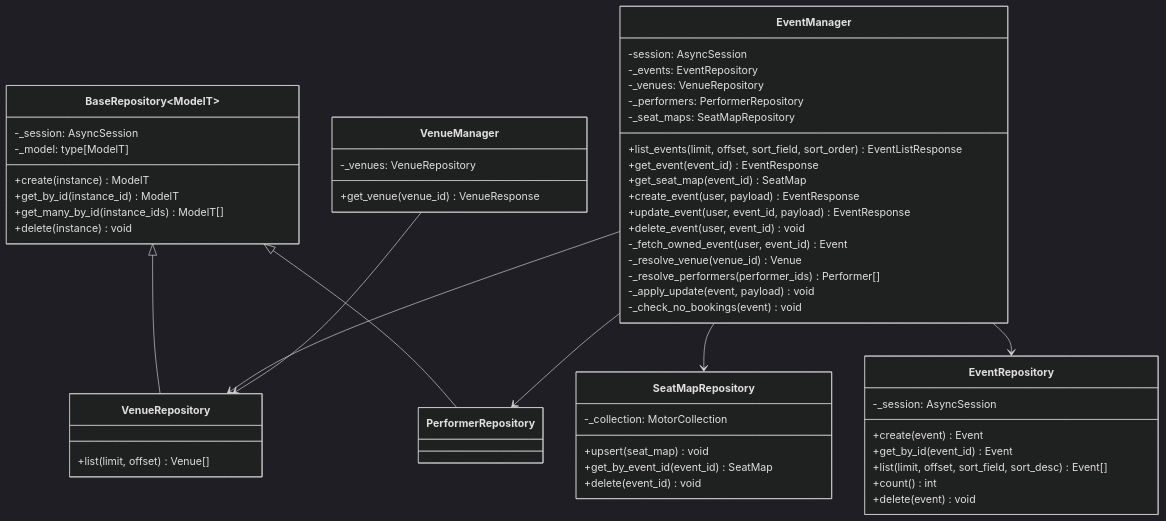
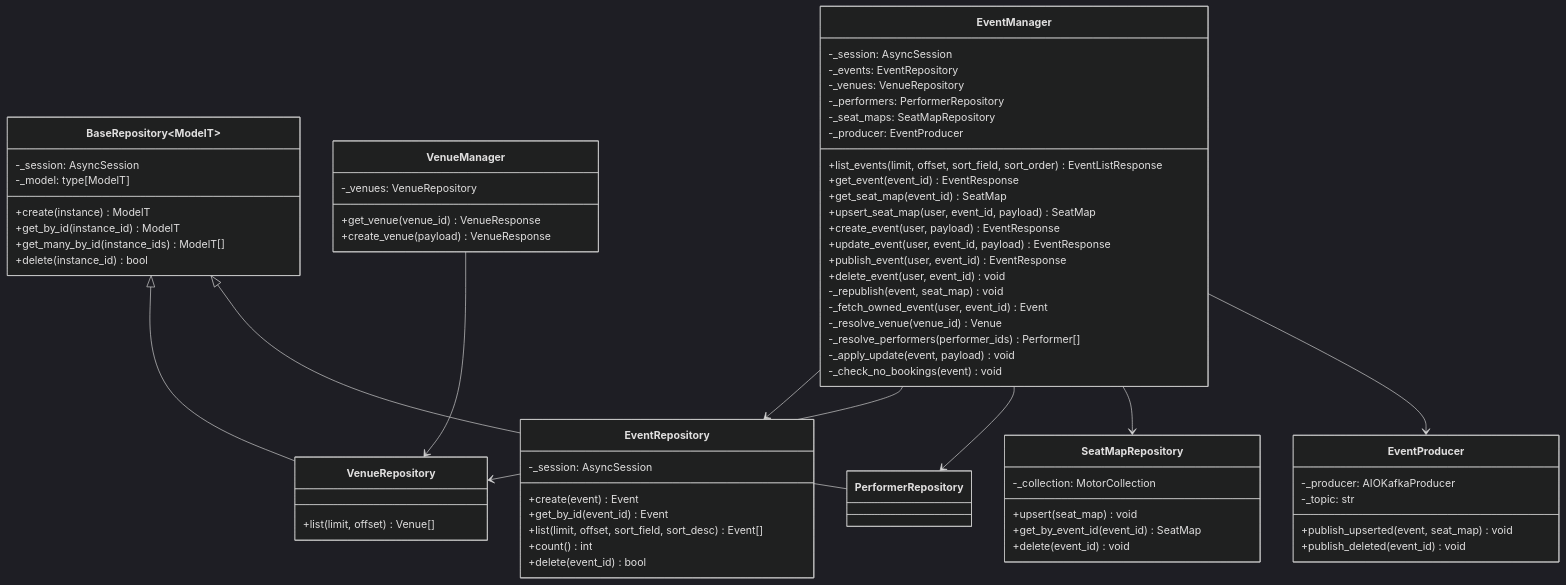
One commit to STRYKER316/event-ticketing-platform changed the first of 2 diagrams in docs/report/class-diagrams.md. Above: the diagram before and after it, drawn with Mermaid (dark theme). The commit also changed other lines of this file and 11 other files, not shown here.

````diff
--- a/docs/report/class-diagrams.md
+++ b/docs/report/class-diagrams.md
@@ -12,66 +12,79 @@
 ```mermaid
 classDiagram
     class EventManager {
-        -session: AsyncSession
+        -_session: AsyncSession
         -_events: EventRepository
         -_venues: VenueRepository
         -_performers: PerformerRepository
         -_seat_maps: SeatMapRepository
+        -_producer: EventProducer
         +list_events(limit, offset, sort_field, sort_order) EventListResponse
         +get_event(event_id) EventResponse
         +get_seat_map(event_id) SeatMap
+        +upsert_seat_map(user, event_id, payload) SeatMap
         +create_event(user, payload) EventResponse
         +update_event(user, event_id, payload) EventResponse
+        +publish_event(user, event_id) EventResponse
         +delete_event(user, event_id) void
+        -_republish(event, seat_map) void
         -_fetch_owned_event(user, event_id) Event
         -_resolve_venue(venue_id) Venue
         -_resolve_performers(performer_ids) Performer[]
         -_apply_update(event, payload) void
         -_check_no_bookings(event) void
     }
 
     class VenueManager {
         -_venues: VenueRepository
         +get_venue(venue_id) VenueResponse
+        +create_venue(payload) VenueResponse
     }
 
     class BaseRepository~ModelT~ {
         -_session: AsyncSession
         -_model: type[ModelT]
         +create(instance) ModelT
         +get_by_id(instance_id) ModelT
         +get_many_by_id(instance_ids) ModelT[]
-        +delete(instance) void
+        +delete(instance_id) bool
     }
 
     class EventRepository {
         -_session: AsyncSession
         +create(event) Event
         +get_by_id(event_id) Event
         +list(limit, offset, sort_field, sort_desc) Event[]
         +count() int
-        +delete(event) void
+        +delete(event_id) bool
     }
 
     class VenueRepository {
         +list(limit, offset) Venue[]
     }
 
     class PerformerRepository
 
     class SeatMapRepository {
         -_collection: MotorCollection
         +upsert(seat_map) void
         +get_by_event_id(event_id) SeatMap
         +delete(event_id) void
     }
 
+    class EventProducer {
+        -_producer: AIOKafkaProducer
+        -_topic: str
+        +publish_upserted(event, seat_map) void
+        +publish_deleted(event_id) void
+    }
+
     BaseRepository <|-- VenueRepository
     BaseRepository <|-- PerformerRepository
 
     EventManager --> EventRepository
     EventManager --> VenueRepository
     EventManager --> PerformerRepository
     EventManager --> SeatMapRepository
+    EventManager --> EventProducer
     VenueManager --> VenueRepository
 ```
````
